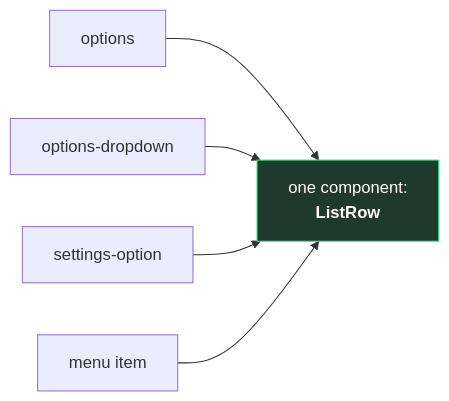
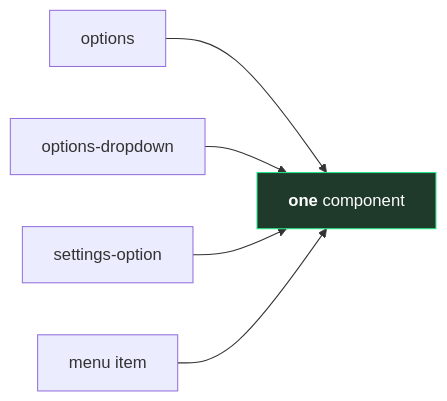
Before and after one commit to cris-achiardi/weave-ds-template: the second of 3 diagrams in docs/documentation/06-from-figma-to-component.md, drawn with Mermaid. The commit also changed other lines of this file and 6 other files, not shown here.

````diff
--- a/docs/documentation/06-from-figma-to-component.md
+++ b/docs/documentation/06-from-figma-to-component.md
@@ -71,8 +48,8 @@
 ```mermaid
 flowchart LR
-  A["options"] --> R["one component:<br/><b>ListRow</b>"]
+  A["options"] --> R["<b>one</b> component"]
   B["options-dropdown"] --> R
   C["settings-option"] --> R
   D["menu item"] --> R
   style R fill:#1f3a2a,stroke:#26e589,color:#fff
 ```
````
